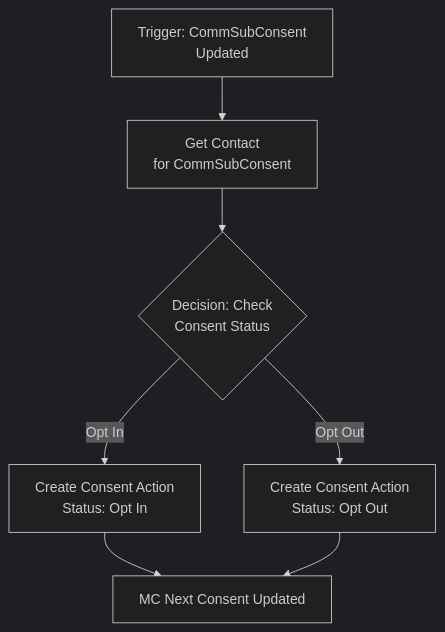
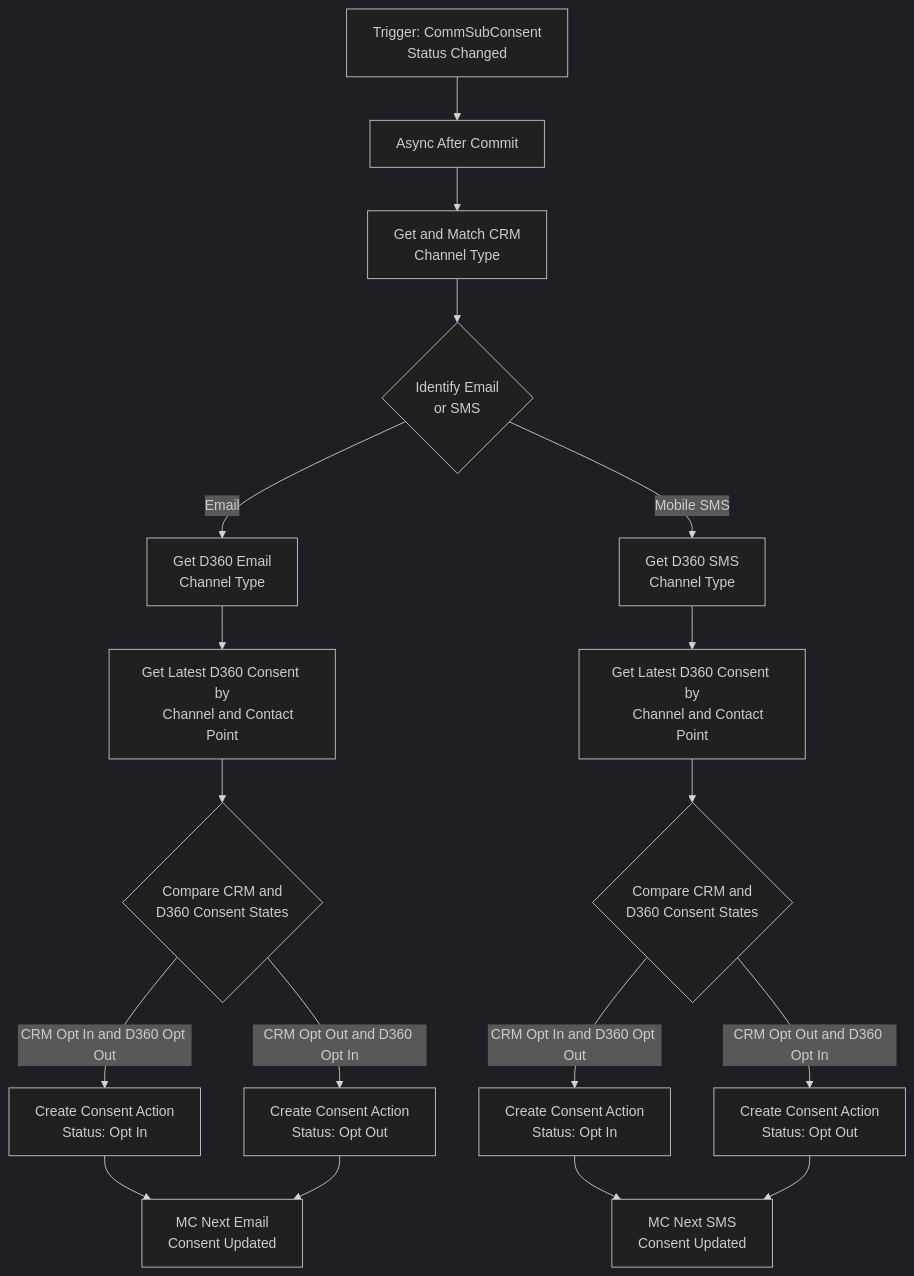
The third of 3 diagrams in src/content/blog/how-to-keep-consent-in-sync-between-salesforce-data-360-and-marketing-cloud-next.mdx (hipoliciak/modrzejewski_it_website), drawn with Mermaid (dark theme) before and after one commit. The commit also changed other lines of this file and 15 other files, not shown here.

````diff
--- a/src/content/blog/how-to-keep-consent-in-sync-between-salesforce-data-360-and-marketing-cloud-next.mdx
+++ b/src/content/blog/how-to-keep-consent-in-sync-between-salesforce-data-360-and-marketing-cloud-next.mdx
@@ -129,14 +135,35 @@
 ```mermaid
 graph TD
     A[Trigger: CommSubConsent
-    Updated] --> B[Get Contact
-    for CommSubConsent]
-    B --> C{Decision: Check
-    Consent Status}
-    C -- Opt In --> D["Create Consent Action
+    Status Changed] --> B[Async After Commit]
+    B --> C[Get and Match CRM
+    Channel Type]
+    C --> D{Identify Email
+    or SMS}
+    D -- Email --> E[Get D360 Email
+    Channel Type]
+    D -- Mobile SMS --> F[Get D360 SMS
+    Channel Type]
+    E --> G[Get Latest D360 Consent by
+    Channel and Contact Point]
+    F --> H[Get Latest D360 Consent by
+    Channel and Contact Point]
+    G --> I{Compare CRM and
+    D360 Consent States}
+    I -- CRM Opt In and D360 Opt Out --> J["Create Consent Action
     Status: Opt In"]
-    C -- Opt Out --> E["Create Consent Action
+    I -- CRM Opt Out and D360 Opt In --> K["Create Consent Action
     Status: Opt Out"]
-    D --> F[MC Next Consent Updated]
-    E --> F
+    J --> L[MC Next Email
+    Consent Updated]
+    K --> L
+    H --> M{Compare CRM and
+    D360 Consent States}
+    M -- CRM Opt In and D360 Opt Out --> N["Create Consent Action
+    Status: Opt In"]
+    M -- CRM Opt Out and D360 Opt In --> O["Create Consent Action
+    Status: Opt Out"]
+    N --> P[MC Next SMS
+    Consent Updated]
+    O --> P
 ```
````
